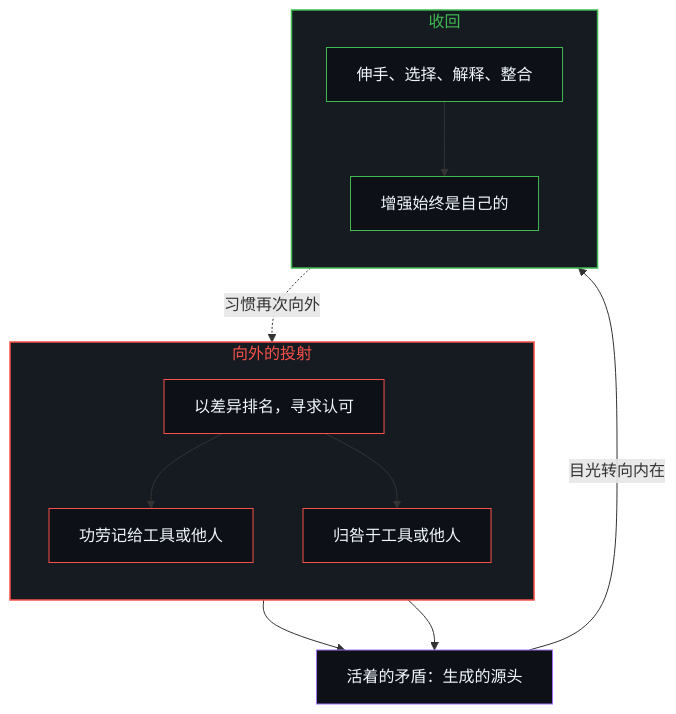
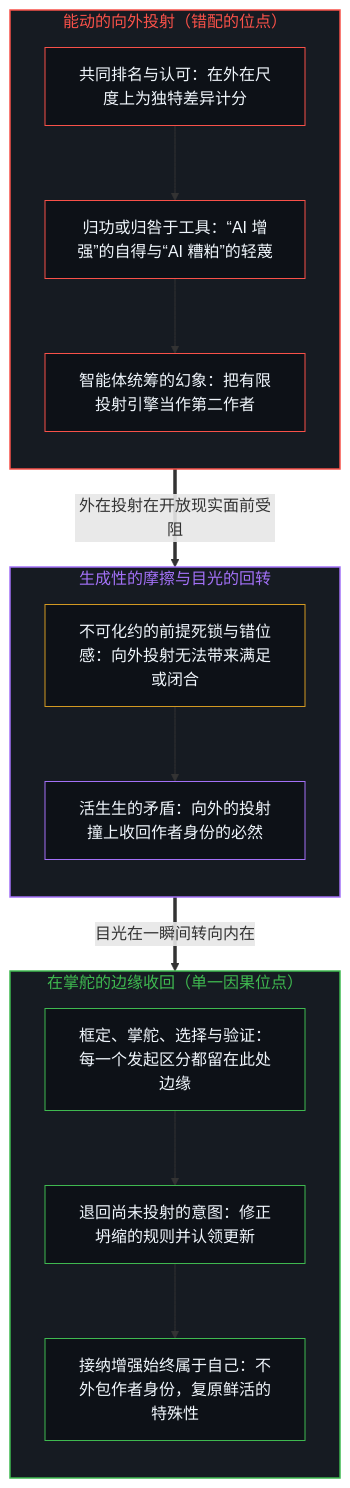
One commit to powerpig99/not-a-toe changed the first of 2 diagrams in content/posts/the-generative-contradiction.md. Above: the diagram before and after it, drawn with Mermaid. The commit also changed other lines of this file and 1 other file, not shown here.

````diff
--- a/content/posts/the-generative-contradiction.md
+++ b/content/posts/the-generative-contradiction.md
@@ -55,29 +43,40 @@
 ```mermaid
 flowchart TD
-    subgraph S_Out["向外的投射"]
+    subgraph S_Out["能动的向外投射（错配的位点）"]
         direction TB
-        O1["以差异排名，寻求认可"]
-        O2["功劳记给工具或他人"]
-        O3["归咎于工具或他人"]
+        O1["共同排名与认可：在外在尺度上为独特差异计分"]
+        O2["归功或归咎于工具：“AI 增强”的自得与“AI 糟粕”的轻蔑"]
+        O3["智能体统筹的幻象：把有限投射引擎当作第二作者"]
+        O1 --> O2 --> O3
     end
-    subgraph S_In["收回"]
+
+    subgraph S_Turn["生成性的摩擦与目光的回转"]
         direction TB
-        I1["伸手、选择、解释、整合"]
-        I2["增强始终是自己的"]
+        T1["不可化约的前提死锁与错位感：向外投射无法带来满足或闭合"]
+        T2["活生生的矛盾：向外的投射撞上收回作者身份的必然"]
+        T1 --> T2
     end
-    C["活着的矛盾：生成的源头"]
-    O1 --> O2
-    O1 --> O3
-    O2 --> C
-    O3 --> C
-    C -->|"目光转向内在"| I1 --> I2
-    I2 -.->|"习惯再次向外"| O1
+
+    subgraph S_In["在掌舵的边缘收回（单一因果位点）"]
+        direction TB
+        I1["框定、掌舵、选择与验证：每一个发起区分都留在此处边缘"]
+        I2["退回尚未投射的意图：修正坍缩的规则并认领更新"]
+        I3["接纳增强始终属于自己：不外包作者身份，复原鲜活的特殊性"]
+        I1 --> I2 --> I3
+    end
+
+    O3 ==>|"外在投射在开放现实面前受阻"| T1
+    T2 ==>|"目光在一瞬间转向内在"| I1
+
     style S_Out fill:#161b22,stroke:#f85149,stroke-width:1.5px,color:#f85149
+    style S_Turn fill:#161b22,stroke:#a371f7,stroke-width:1.5px,color:#a371f7
     style S_In fill:#161b22,stroke:#3fb950,stroke-width:1.5px,color:#3fb950
     style O1 fill:#0d1117,stroke:#f85149,stroke-width:1px,color:#f0f6fc
     style O2 fill:#0d1117,stroke:#f85149,stroke-width:1px,color:#f0f6fc
     style O3 fill:#0d1117,stroke:#f85149,stroke-width:1px,color:#f0f6fc
+    style T1 fill:#0d1117,stroke:#d29922,stroke-width:1px,color:#f0f6fc
+    style T2 fill:#0d1117,stroke:#a371f7,stroke-width:1px,color:#f0f6fc
     style I1 fill:#0d1117,stroke:#3fb950,stroke-width:1px,color:#f0f6fc
     style I2 fill:#0d1117,stroke:#3fb950,stroke-width:1px,color:#f0f6fc
-    style C fill:#0d1117,stroke:#a371f7,stroke-width:1px,color:#f0f6fc
+    style I3 fill:#0d1117,stroke:#3fb950,stroke-width:1px,color:#f0f6fc
 ```
````
